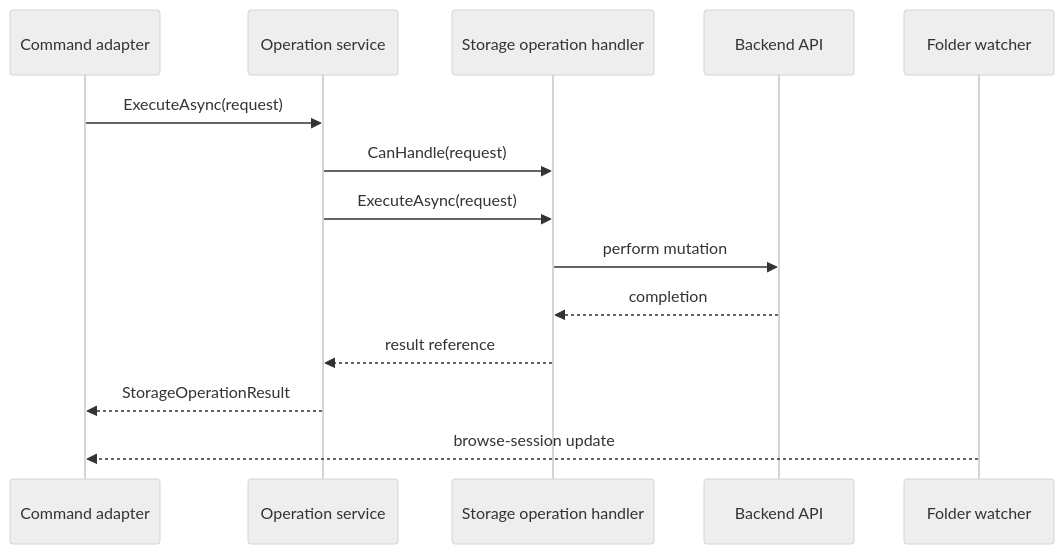
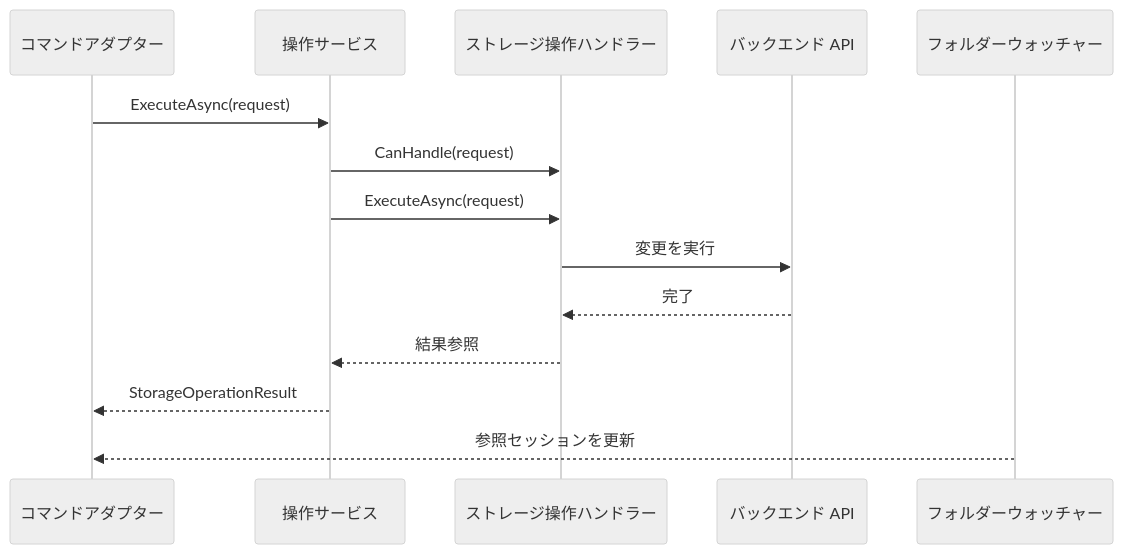
One commit to 0x5bfa/Files changed the first of 2 diagrams in docs/architecture/operations.md. Above: the diagram before and after it, drawn with Mermaid (neutral theme). The commit also changed other lines of this file and 18 other files, not shown here.

Commit message:
Translate architecture docs to Japanese

````diff
--- a/docs/architecture/operations.md
+++ b/docs/architecture/operations.md
@@ -33,17 +29,17 @@
 ```mermaid
 sequenceDiagram
-    participant VM as Command adapter
-    participant Service as Operation service
-    participant Handler as Storage operation handler
-    participant Backend as Backend API
-    participant Watcher as Folder watcher
+    participant VM as コマンドアダプター
+    participant Service as 操作サービス
+    participant Handler as ストレージ操作ハンドラー
+    participant Backend as バックエンド API
+    participant Watcher as フォルダーウォッチャー
 
     VM->>Service: ExecuteAsync(request)
     Service->>Handler: CanHandle(request)
     Service->>Handler: ExecuteAsync(request)
-    Handler->>Backend: perform mutation
-    Backend-->>Handler: completion
-    Handler-->>Service: result reference
+    Handler->>Backend: 変更を実行
+    Backend-->>Handler: 完了
+    Handler-->>Service: 結果参照
     Service-->>VM: StorageOperationResult
-    Watcher-->>VM: browse-session update
+    Watcher-->>VM: 参照セッションを更新
 ```
````
